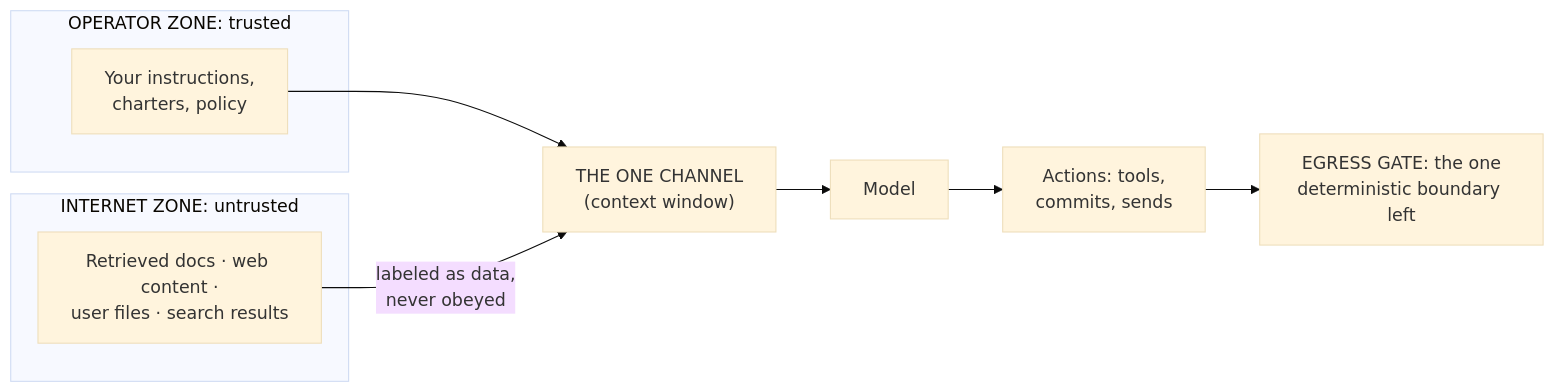
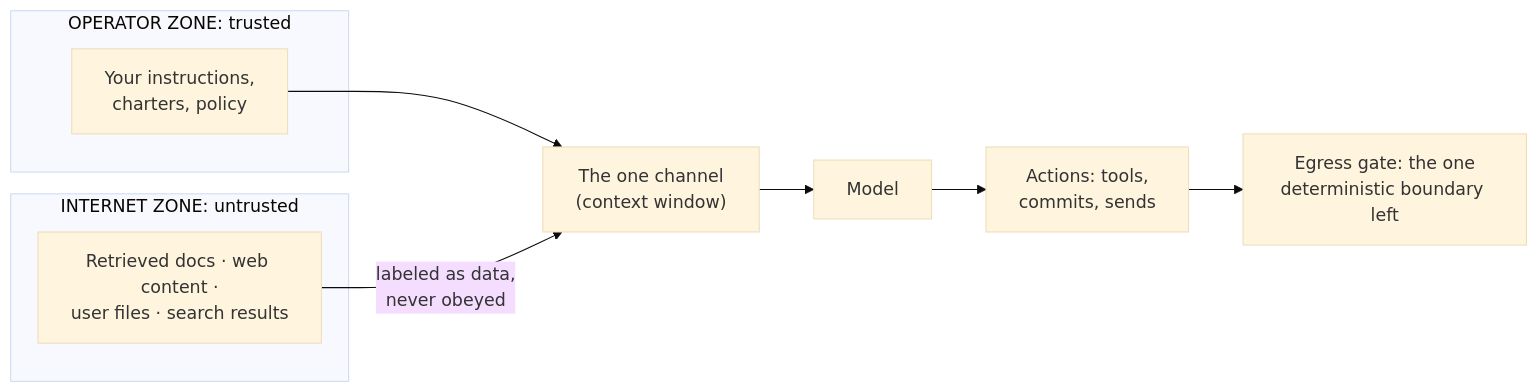
Before and after one commit to chorusse/agentic-estate: the diagram in guide/06-trust-boundaries-and-injection.md, drawn with Mermaid (base theme). The commit also changed 14 other files, not shown here.

````diff
--- a/guide/06-trust-boundaries-and-injection.md
+++ b/guide/06-trust-boundaries-and-injection.md
@@ -35,18 +35,18 @@
 ```mermaid
 flowchart LR
     subgraph inside["OPERATOR ZONE: trusted"]
         op["Your instructions,<br/>charters, policy"]
     end
     subgraph outside["INTERNET ZONE: untrusted"]
         doc["Retrieved docs · web content ·<br/>user files · search results"]
     end
-    ctx["THE ONE CHANNEL<br/>(context window)"]
+    ctx["The one channel<br/>(context window)"]
     model["Model"]
     act["Actions: tools,<br/>commits, sends"]
     op --> ctx
     doc -- "labeled as data,<br/>never obeyed" --> ctx
     ctx --> model
     model --> act
-    gate["EGRESS GATE: the one<br/>deterministic boundary left"]
+    gate["Egress gate: the one<br/>deterministic boundary left"]
     act --> gate
 ```
````
